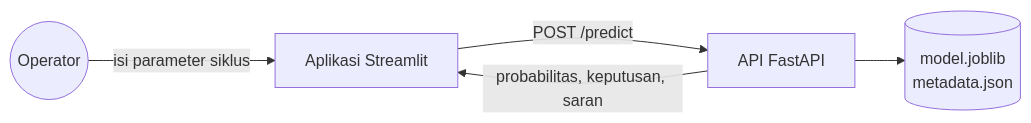
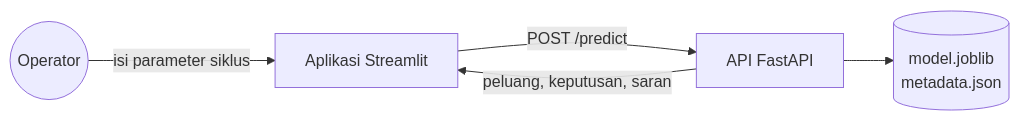
The diagram in README.md (FarahAuliaKirana/qc-injection-molding), drawn with Mermaid before and after one commit. The commit also changed other lines of this file, not shown here.

````diff
--- a/README.md
+++ b/README.md
@@ -77,7 +20,7 @@
 ```mermaid
 flowchart LR
     operator((Operator)) -->|isi parameter siklus| ui[Aplikasi Streamlit]
     ui -->|POST /predict| api[API FastAPI]
     api --> model[(model.joblib<br/>metadata.json)]
-    api -->|probabilitas, keputusan, saran| ui
+    api -->|peluang, keputusan, saran| ui
 ```
````
